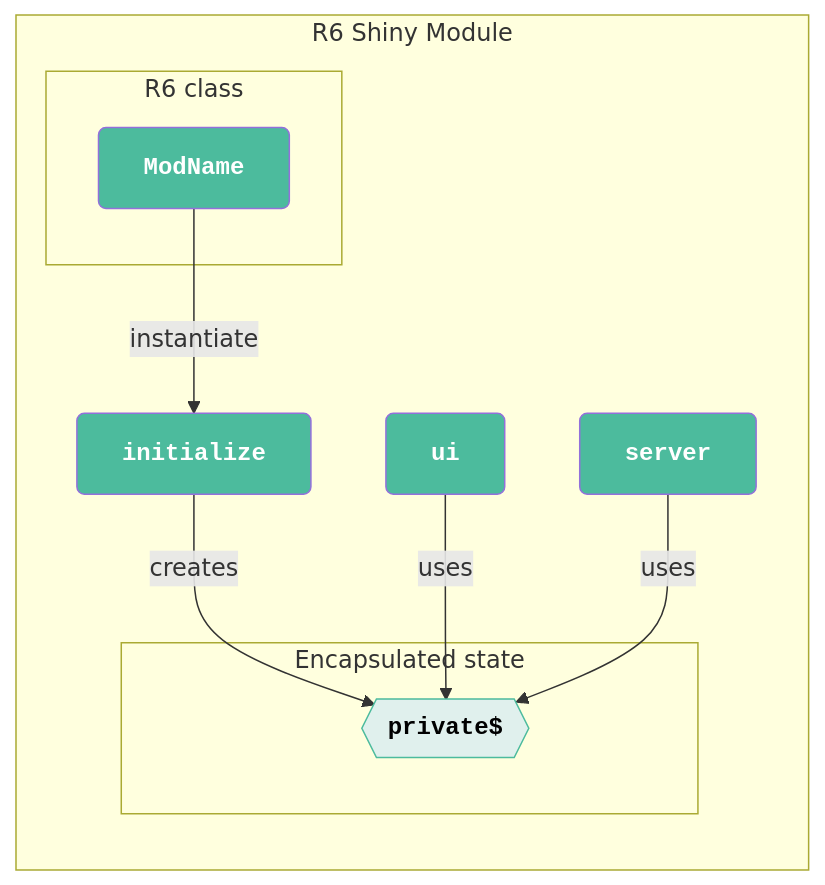
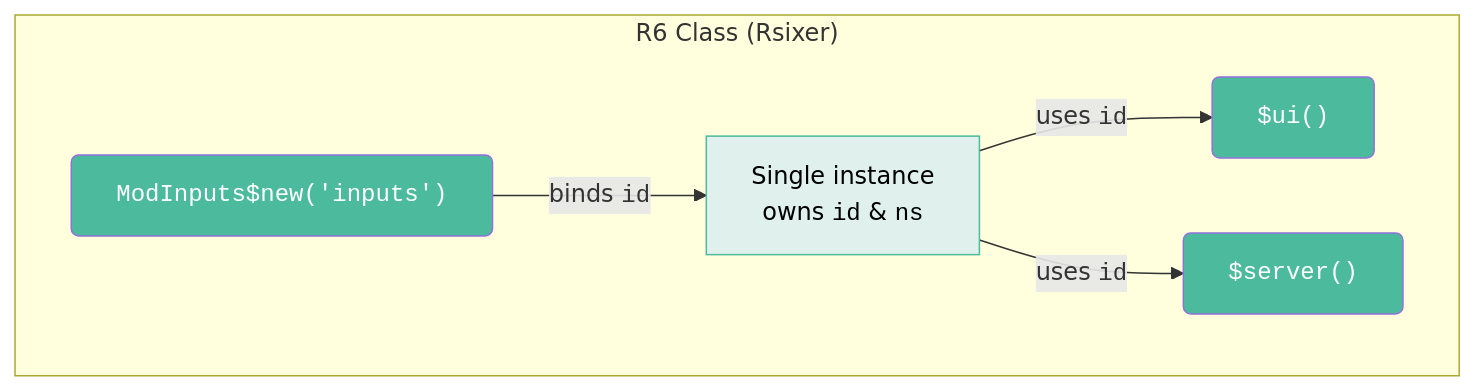
The second of 8 diagrams in posts/shiny-r6/index.qmd (mjfrigaard/mjfrigaard.github.io), drawn with Mermaid before and after one commit. The commit also changed other lines of this file and 9 other files, not shown here.

````diff
--- a/posts/shiny-r6/index.qmd
+++ b/posts/shiny-r6/index.qmd
@@ -111,32 +215,27 @@
 ```{mermaid}
 %%| eval: true
 %%| fig-align: 'center'
-%%| fig-caption: 'R6 Shiny Module'
+%%| fig-caption: 'Module Architecture: R6'
 %%| echo: false
 %%{init: {'theme': 'base', 'themeVariables': { 'fontFamily': 'monospace', "darkMode":true}}}}%%
 
-flowchart LR
-    subgraph "R6 Shiny Module"
-        Init["<strong>initialize</strong>"]
-        UiMethod["<strong>ui</strong>"]
-        ServerMethod["<strong>server</strong>"]
-      subgraph Class["R6 class"]
-        R6Mod["<strong>ModName</strong>"]
-      end
-      subgraph Encapsulated["Encapsulated state"]
-        Private{{"<strong>private$</strong>"}}
-      end
+
+flowchart TD
+    subgraph R6Based["R6 Class (Rsixer)"]
+        direction LR
+        New["ModInputs$new('inputs')"]
+        Instance["Single instance<br/>owns <code>id</code> & <code>ns</code>"]
+        UiM["$ui()"]
+        ServM["$server()"]
     end
 
-    R6Mod -->|instantiate| Init
-    Init -->|creates| Private
-    UiMethod -->|uses| Private
-    ServerMethod -->|uses| Private
+    New -->|"binds <code>id</code>"| Instance
+    Instance -->|"uses <code>id</code>"| UiM
+    Instance -->|"uses <code>id</code>"| ServM
 
-    style R6Mod fill:#4CBB9D,color:#FFFFFF,rx:5,ry:5,font-family:monospace
-    style Init fill:#4CBB9D,color:#FFFFFF,rx:5,ry:5,font-family:monospace
-    style UiMethod fill:#4CBB9D,color:#FFFFFF,rx:5,ry:5,font-family:monospace
-    style ServerMethod fill:#4CBB9D,color:#FFFFFF,rx:5,ry:5,font-family:monospace
-    style Private fill:#E0F0ED,color:#000000,stroke:#4CBB9D,font-family:monospace
-
+    style New fill:#4CBB9D,color:#FFFFFF,rx:5,ry:5,font-family:monospace
+    style Instance fill:#E0F0ED,color:#000000,stroke:#4CBB9D
+    style UiM fill:#4CBB9D,color:#FFFFFF,rx:5,ry:5,font-family:monospace
+    style ServM fill:#4CBB9D,color:#FFFFFF,rx:5,ry:5,font-family:monospace
+    
 ```
````
